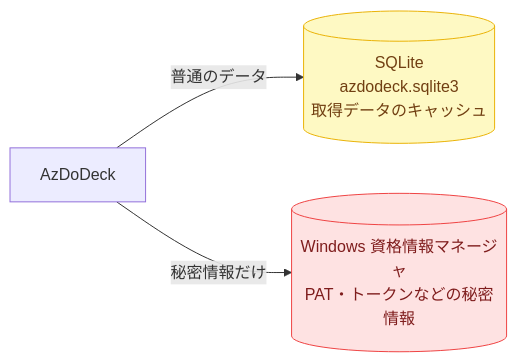
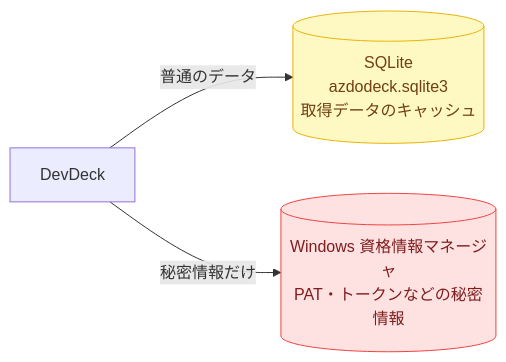
The first of 5 diagrams in docs/design/04-data-and-sync.md (ntaksh42/DevDeck), drawn with Mermaid before and after one commit. The commit also changed other lines of this file and 112 other files, not shown here.

First line of the commit message:
feat: rename to DevDeck and add GitHub support via a provider abstraction

````diff
--- a/docs/design/04-data-and-sync.md
+++ b/docs/design/04-data-and-sync.md
@@ -11,14 +11,14 @@
 ```mermaid
 flowchart LR
-    App["AzDoDeck"]
+    App["DevDeck"]
     DB[("SQLite<br/>azdodeck.sqlite3<br/>取得データのキャッシュ")]
     Key[("Windows 資格情報マネージャ<br/>PAT・トークンなどの秘密情報")]
 
     App -->|普通のデータ| DB
     App -->|秘密情報だけ| Key
 
     classDef store fill:#fef9c3,stroke:#eab308,color:#713f12;
     classDef safe fill:#fee2e2,stroke:#ef4444,color:#7f1d1d;
     class DB store;
     class Key safe;
 ```
````
